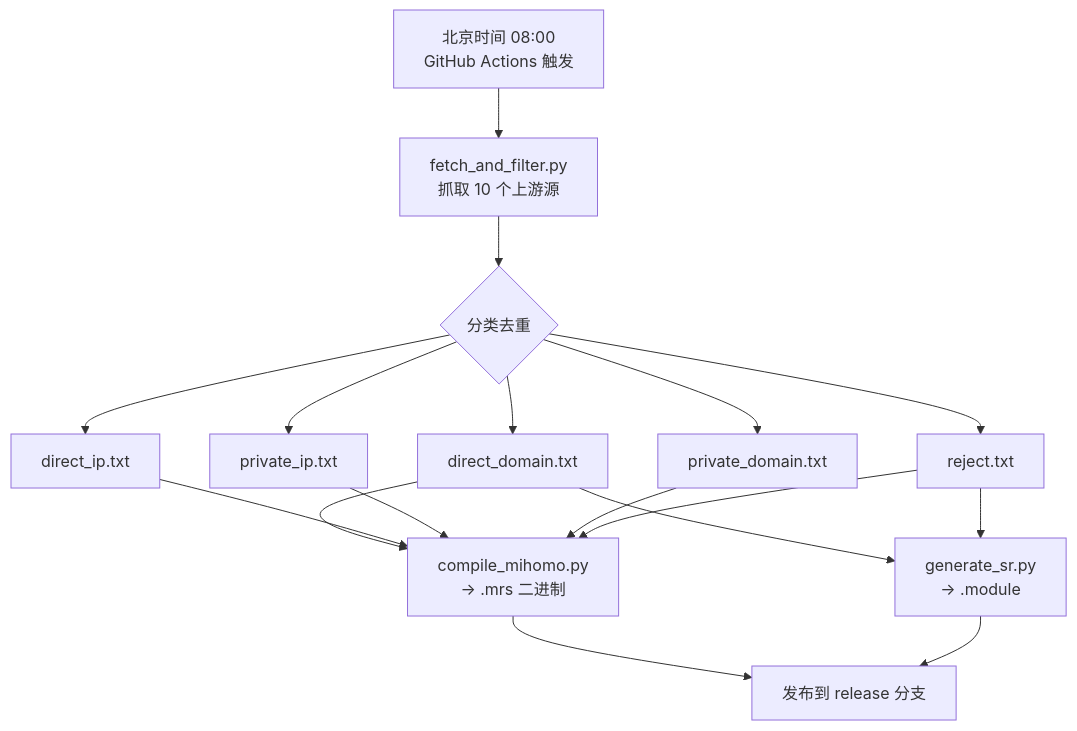
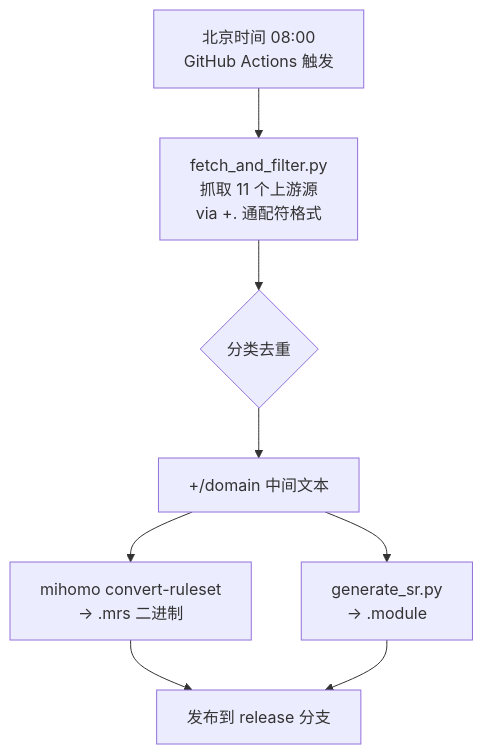
One commit to EastonSun/ProxyRules changed the diagram in README.md. Above: the diagram before and after it, drawn with Mermaid. The commit also changed other lines of this file, not shown here.

Commit message:
docs: update README for MRS-only output and MetaCubeX primary source

````diff
--- a/README.md
+++ b/README.md
@@ -65,19 +58,10 @@
 ```mermaid
 graph TD
-    A[北京时间 08:00<br/>GitHub Actions 触发] --> B[fetch_and_filter.py<br/>抓取 10 个上游源]
+    A[北京时间 08:00<br/>GitHub Actions 触发] --> B[fetch_and_filter.py<br/>抓取 11 个上游源<br/>via +. 通配符格式]
     B --> C{分类去重}
-    C --> D[direct_domain.txt]
-    C --> E[direct_ip.txt]
-    C --> F[private_ip.txt]
-    C --> G[private_domain.txt]
-    C --> H[reject.txt]
-    D --> I[compile_mihomo.py<br/>→ .mrs 二进制]
-    E --> I
-    F --> I
-    G --> I
-    H --> I
+    C --> D[+/domain 中间文本]
+    D --> I[mihomo convert-ruleset<br/>→ .mrs 二进制]
     D --> J[generate_sr.py<br/>→ .module]
-    H --> J
     I --> K[发布到 release 分支]
     J --> K
 ```
````
